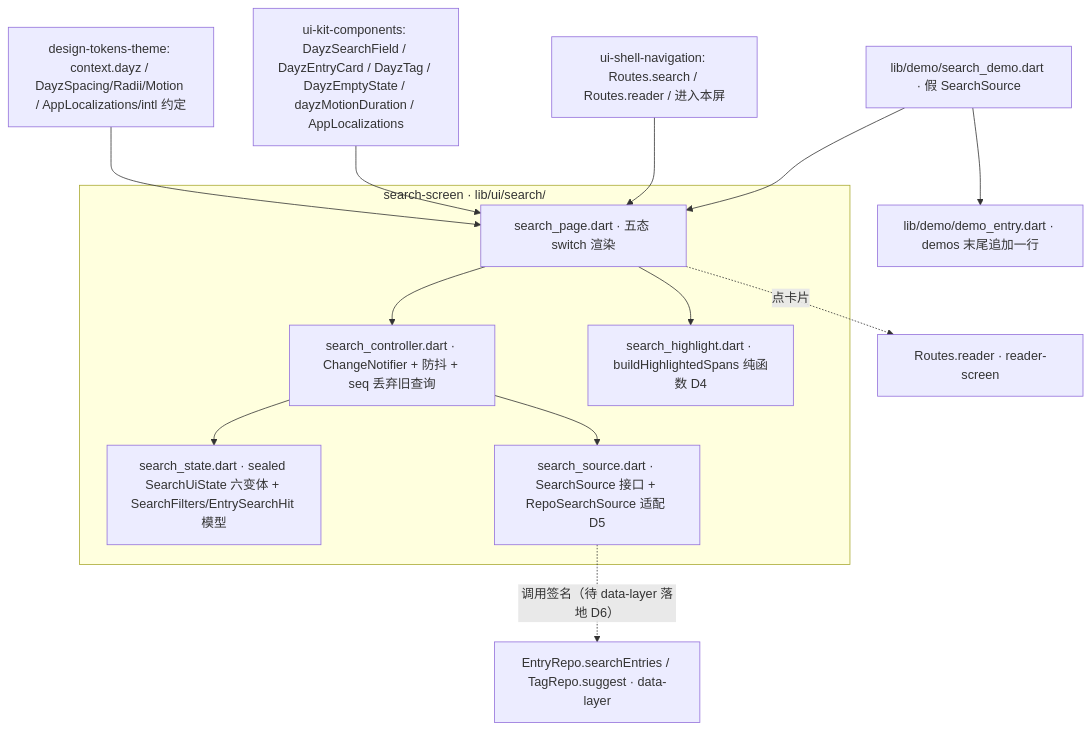
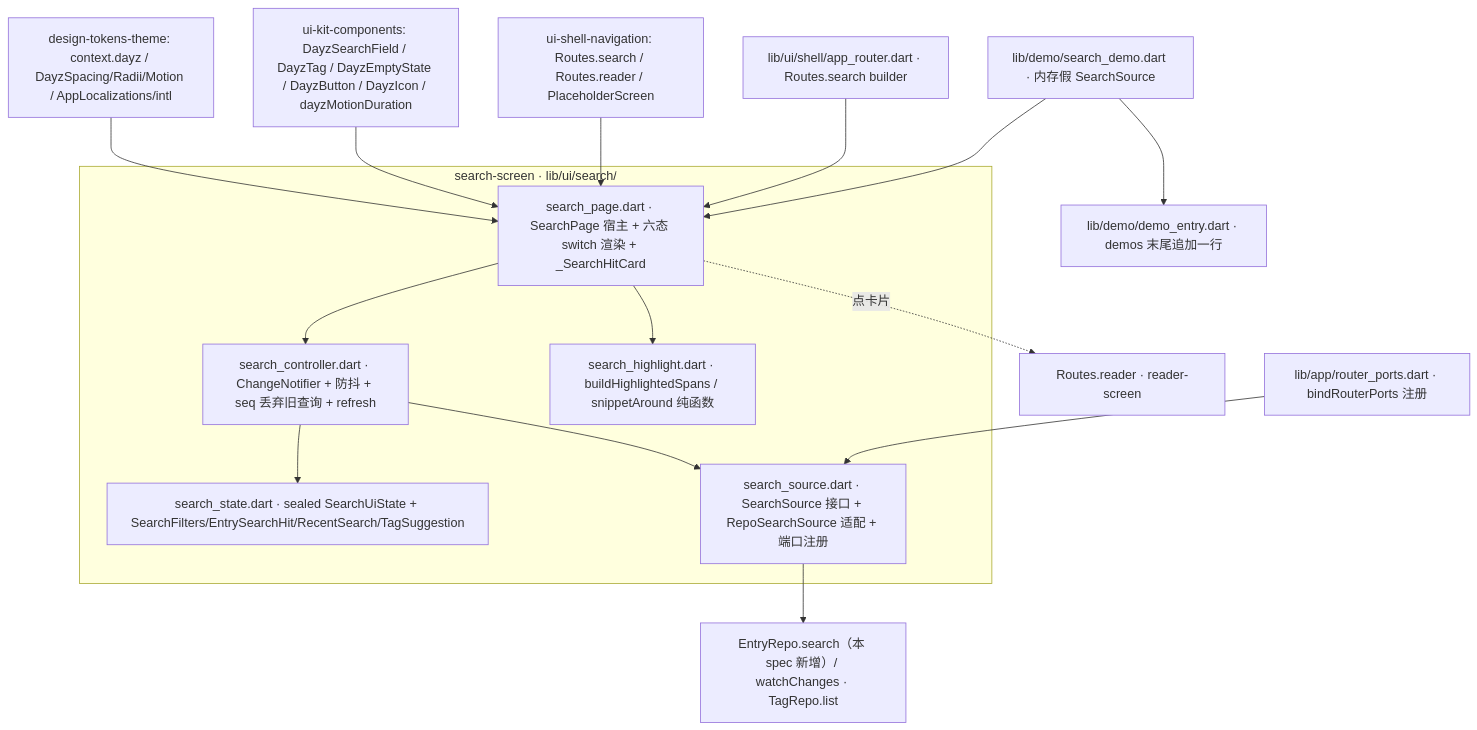
The diagram in specs/active/search-screen/design.md (cr1992/DayZ), drawn with Mermaid before and after one commit. The commit also changed other lines of this file and 3 other files, not shown here.

First line of the commit message:
docs(search): search-screen 四件套审阅定稿

````diff
--- a/specs/active/search-screen/design.md
+++ b/specs/active/search-screen/design.md
@@ -87,21 +109,23 @@
 ```mermaid
 graph TD
-  TOK[design-tokens-theme: context.dayz / DayzSpacing/Radii/Motion / AppLocalizations/intl 约定] --> PAGE
-  KIT[ui-kit-components: DayzSearchField / DayzEntryCard / DayzTag / DayzEmptyState / dayzMotionDuration / AppLocalizations] --> PAGE
-  SHELL[ui-shell-navigation: Routes.search / Routes.reader / 进入本屏] --> PAGE
+  TOK[design-tokens-theme: context.dayz / DayzSpacing/Radii/Motion / AppLocalizations/intl] --> PAGE
+  KIT[ui-kit-components: DayzSearchField / DayzTag / DayzEmptyState / DayzButton / DayzIcon / dayzMotionDuration] --> PAGE
+  SHELL[ui-shell-navigation: Routes.search / Routes.reader / PlaceholderScreen] --> PAGE
   subgraph SS[search-screen · lib/ui/search/]
-    PAGE[search_page.dart · 五态 switch 渲染]
-    CTRL[search_controller.dart · ChangeNotifier + 防抖 + seq 丢弃旧查询]
-    STATE[search_state.dart · sealed SearchUiState 六变体 + SearchFilters/EntrySearchHit 模型]
-    HL[search_highlight.dart · buildHighlightedSpans 纯函数 D4]
-    SRC[search_source.dart · SearchSource 接口 + RepoSearchSource 适配 D5]
+    PAGE[search_page.dart · SearchPage 宿主 + 六态 switch 渲染 + _SearchHitCard]
+    CTRL[search_controller.dart · ChangeNotifier + 防抖 + seq 丢弃旧查询 + refresh]
+    STATE[search_state.dart · sealed SearchUiState + SearchFilters/EntrySearchHit/RecentSearch/TagSuggestion]
+    HL[search_highlight.dart · buildHighlightedSpans / snippetAround 纯函数]
+    SRC[search_source.dart · SearchSource 接口 + RepoSearchSource 适配 + 端口注册]
     PAGE --> CTRL
     CTRL --> STATE
     PAGE --> HL
     CTRL --> SRC
   end
-  SRC -. 调用签名（待 data-layer 落地 D6）.-> REPO[EntryRepo.searchEntries / TagRepo.suggest · data-layer]
+  SRC --> REPO[EntryRepo.search（本 spec 新增）/ watchChanges · TagRepo.list]
+  PORTS[lib/app/router_ports.dart · bindRouterPorts 注册] --> SRC
+  ROUTER[lib/ui/shell/app_router.dart · Routes.search builder] --> PAGE
   PAGE -. 点卡片 .-> READER[Routes.reader · reader-screen]
-  DEMO[lib/demo/search_demo.dart · 假 SearchSource] --> PAGE
+  DEMO[lib/demo/search_demo.dart · 内存假 SearchSource] --> PAGE
   DEMO --> DH[lib/demo/demo_entry.dart · demos 末尾追加一行]
 ```
````
